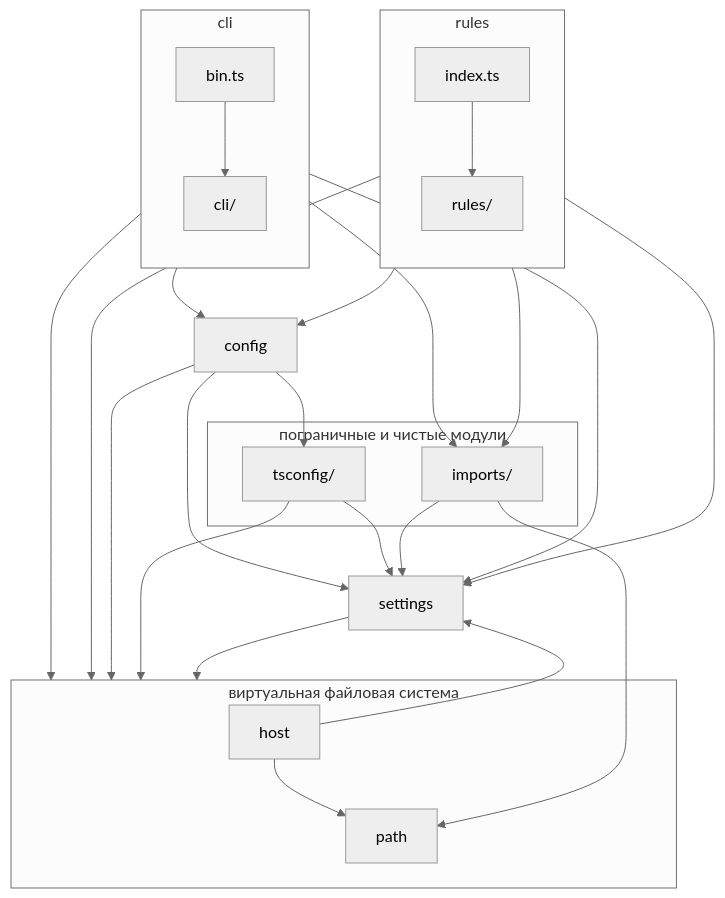
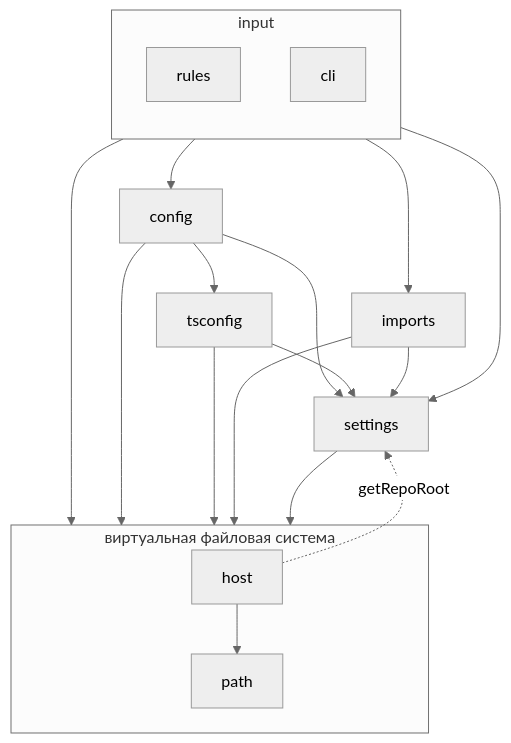
One commit to jt4d-lab/weld changed the diagram in src/dependencies.md. Above: the diagram before and after it, drawn with Mermaid (neutral theme).

Commit message:
docs: dependencies

````diff
--- a/src/dependencies.md
+++ b/src/dependencies.md
@@ -10,54 +10,40 @@
 ```mermaid
-graph TD
-    subgraph cli["cli"]
+flowchart TD
+    subgraph input
         direction TB
 
-        bin["bin.ts"] --> cliDir["cli/"]
+        rules
+
+        cli
     end
-
-    subgraph rules
-        direction TB
-
-        index["index.ts"] --> rulesDir["rules/"]
-    end
-
-    subgraph l2["пограничные и чистые модули"]
-        tsconfig["tsconfig/"]
-        imports["imports/"]
-    end
-
 
     subgraph vfs["виртуальная файловая система"]
         host
         path
     end
 
+    tsconfig
+    imports
     config
-
     settings
 
-    cli --> config
-    cli --> settings
-    cli --> imports
-    cli --> vfs
-
-    rules --> config
-    rules --> imports
-    rules --> settings
-    rules --> vfs
+    input --> config
+    input --> settings
+    input --> imports
+    input --> vfs
 
     config --> settings
     config --> tsconfig
     config --> vfs
 
-    host --> settings
+    host -. getRepoRoot .-> settings
     host --> path
 
     tsconfig --> settings
     tsconfig --> vfs
 
     imports --> settings
-    imports --> path
+    imports --> vfs
 
     settings --> vfs
 ```
````
